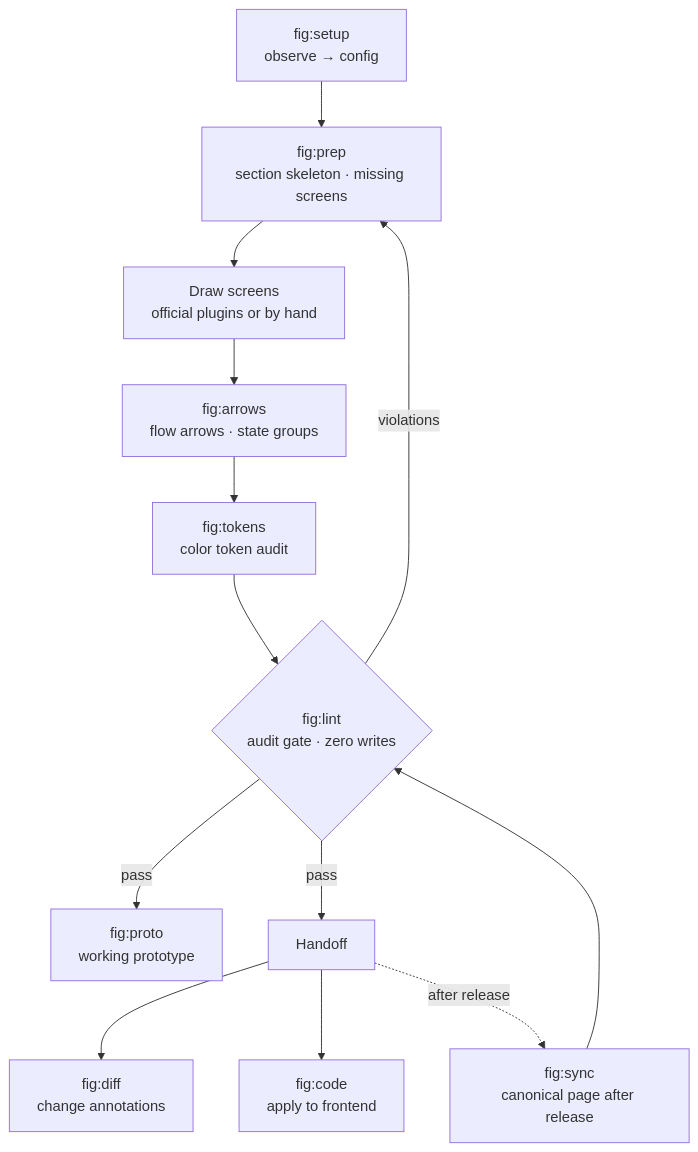
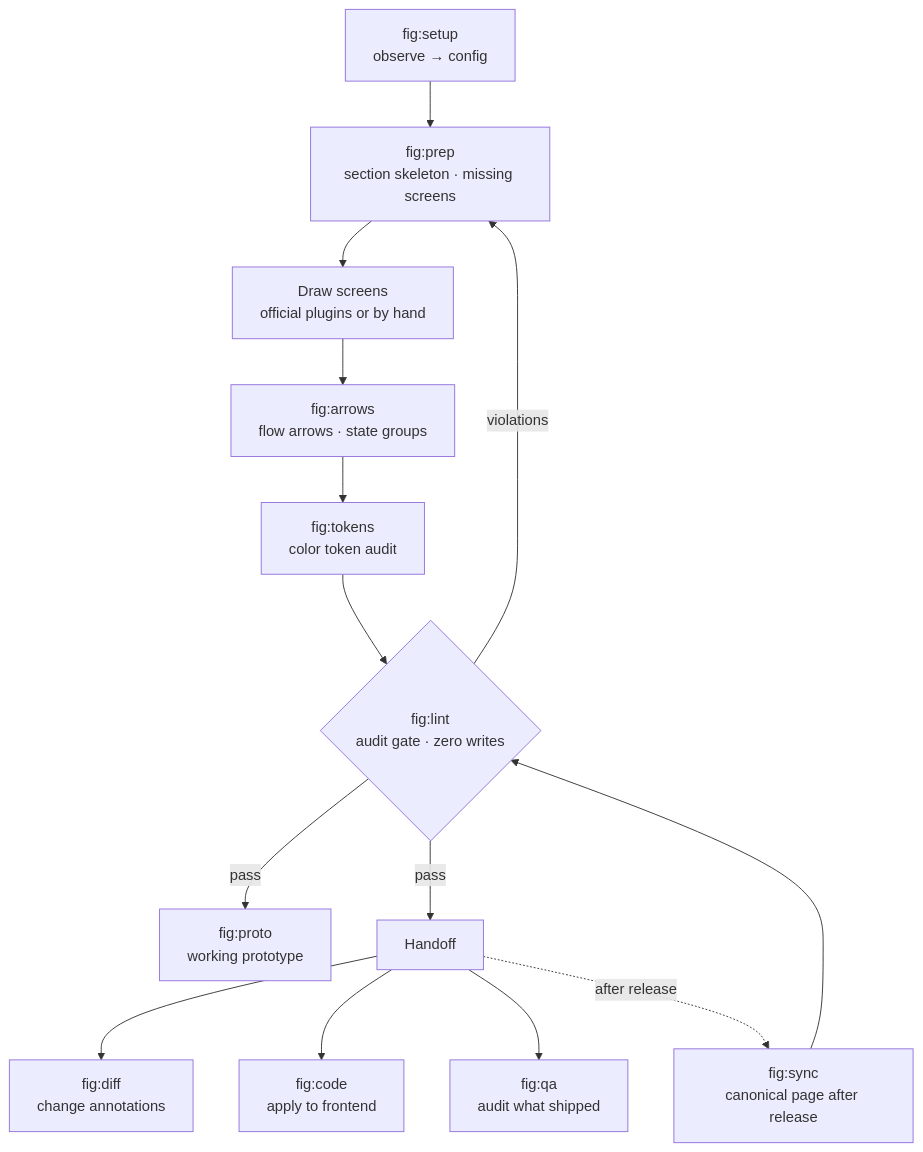
One commit to byjunyoung/claude-figma-skills changed the diagram in README.en.md. Above: the diagram before and after it, drawn with Mermaid. The commit also changed other lines of this file and 5 other files, not shown here.

First line of the commit message:
feat: /fig:qa 추가 — 기준선 대조 QA

````diff
--- a/README.en.md
+++ b/README.en.md
@@ -113,23 +116,25 @@
 ```mermaid
 flowchart TD
     setup["fig:setup<br/>observe → config"]
     prep["fig:prep<br/>section skeleton · missing screens"]
     draw["Draw screens<br/>official plugins or by hand"]
     arrows["fig:arrows<br/>flow arrows · state groups"]
     tokens["fig:tokens<br/>color token audit"]
     lint{"fig:lint<br/>audit gate · zero writes"}
     proto["fig:proto<br/>working prototype"]
     handoff["Handoff"]
     diff["fig:diff<br/>change annotations"]
     code["fig:code<br/>apply to frontend"]
     sync["fig:sync<br/>canonical page after release"]
+    qa["fig:qa<br/>audit what shipped"]
 
     setup --> prep --> draw --> arrows --> tokens --> lint
     lint -- violations --> prep
     lint -- pass --> proto
     lint -- pass --> handoff
     handoff --> diff
     handoff --> code
+    handoff --> qa
     handoff -. after release .-> sync
     sync --> lint
 ```
````
